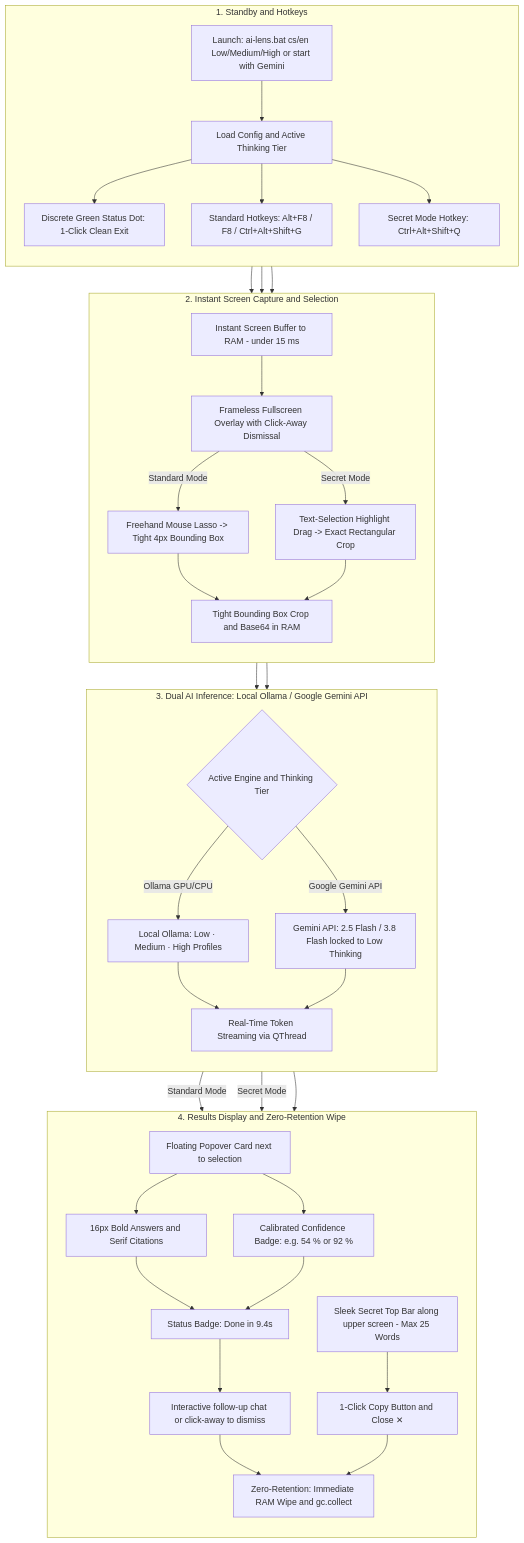
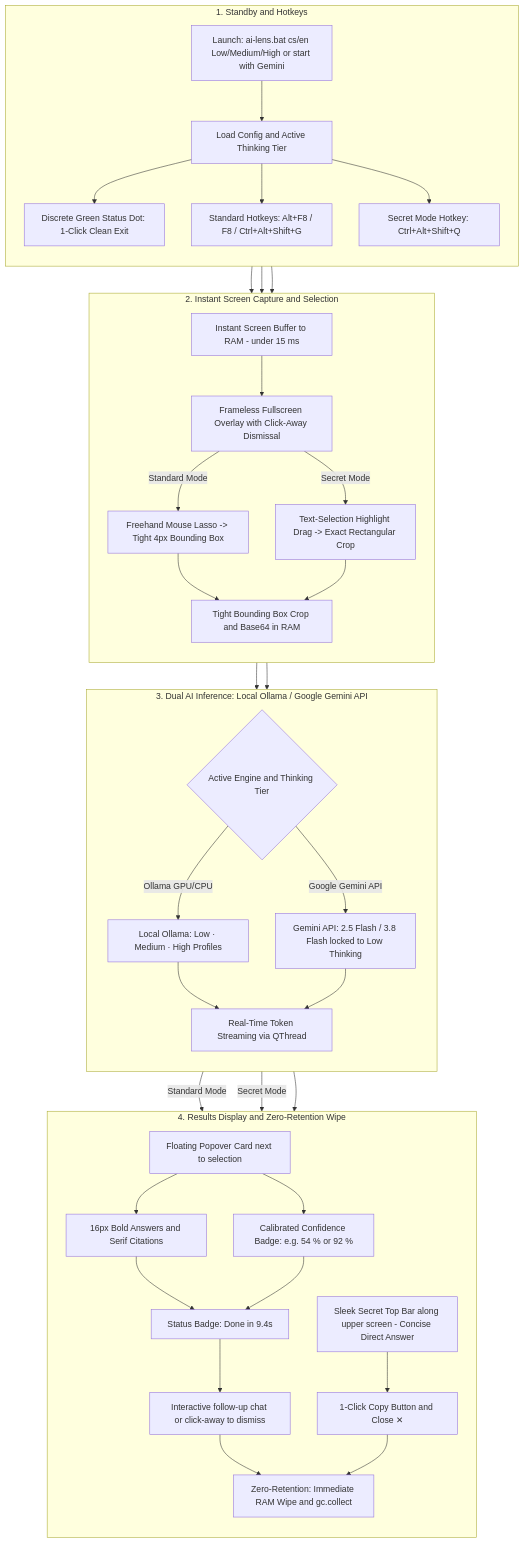
Before and after one commit to Jalop-end/ai-lens: the diagram in README.md, drawn with Mermaid. The commit also changed other lines of this file and 3 other files, not shown here.

````diff
--- a/README.md
+++ b/README.md
@@ -18,48 +18,48 @@
 ```mermaid
 flowchart TD
     subgraph S1 [1. Standby and Hotkeys]
         direction TB
         CLI[Launch: ai-lens.bat cs/en Low/Medium/High or start with Gemini] --> CFG[Load Config and Active Thinking Tier]
         CFG --> DOT[Discrete Green Status Dot: 1-Click Clean Exit]
         CFG --> HOTKEY[Standard Hotkeys: Alt+F8 / F8 / Ctrl+Alt+Shift+G]
         CFG --> SECRET_HK[Secret Mode Hotkey: Ctrl+Alt+Shift+Q]
     end
 
     subgraph S2 [2. Instant Screen Capture and Selection]
         direction TB
         HOTKEY --> CAP[Instant Screen Buffer to RAM - under 15 ms]
         SECRET_HK --> CAP
         CAP --> OVR[Frameless Fullscreen Overlay with Click-Away Dismissal]
         OVR -->|Standard Mode| LASSO[Freehand Mouse Lasso -> Tight 4px Bounding Box]
         OVR -->|Secret Mode| RECT[Text-Selection Highlight Drag -> Exact Rectangular Crop]
         LASSO --> CROP[Tight Bounding Box Crop and Base64 in RAM]
         RECT --> CROP
     end
 
     subgraph S3 [3. Dual AI Inference: Local Ollama / Google Gemini API]
         direction TB
         CROP --> TIER{Active Engine and Thinking Tier}
         TIER -->|Ollama GPU/CPU| OLLAMA[Local Ollama: Low · Medium · High Profiles]
         TIER -->|Google Gemini API| GEMINI[Gemini API: 2.5 Flash / 3.8 Flash locked to Low Thinking]
         OLLAMA --> STREAM[Real-Time Token Streaming via QThread]
         GEMINI --> STREAM
     end
 
     subgraph S4 [4. Results Display and Zero-Retention Wipe]
         direction TB
         STREAM -->|Standard Mode| POP[Floating Popover Card next to selection]
-        STREAM -->|Secret Mode| SECTOP[Sleek Secret Top Bar along upper screen - Max 25 Words]
+        STREAM -->|Secret Mode| SECTOP[Sleek Secret Top Bar along upper screen - Concise Direct Answer]
         POP --> RENDER[16px Bold Answers and Serif Citations]
         POP --> ACC[Calibrated Confidence Badge: e.g. 54 % or 92 %]
         RENDER --> BADGE[Status Badge: Done in 9.4s]
         ACC --> BADGE
         BADGE --> CHAT[Interactive follow-up chat or click-away to dismiss]
         SECTOP --> COPY[1-Click Copy Button and Close ✕]
         CHAT --> CLEAN[Zero-Retention: Immediate RAM Wipe and gc.collect]
         COPY --> CLEAN
     end
 
     S1 --> S2
     S2 --> S3
     S3 --> S4
 ```
````
